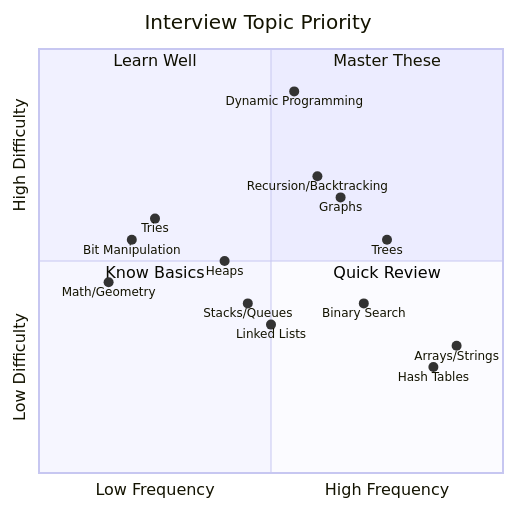
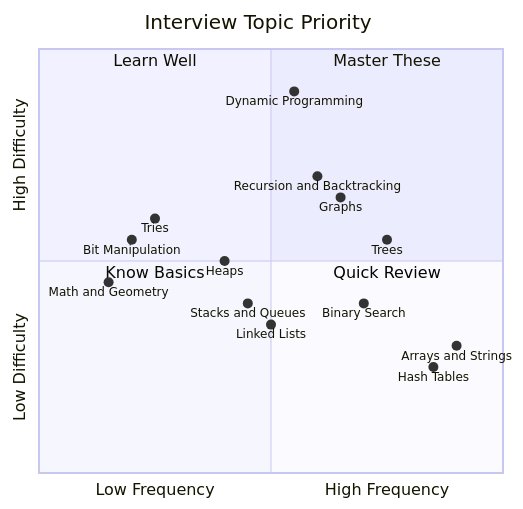
The diagram in docs/sde-coding/fast-track/index.md (AbhinaavRamesh/handbook), drawn with Mermaid before and after one commit. The commit also changed 3 other files, not shown here.

First line of the commit message:
Fix mermaid syntax errors in multiple files

````diff
--- a/docs/sde-coding/fast-track/index.md
+++ b/docs/sde-coding/fast-track/index.md
@@ -93,23 +93,23 @@
 ```mermaid
 quadrantChart
     title Interview Topic Priority
     x-axis Low Frequency --> High Frequency
     y-axis Low Difficulty --> High Difficulty
     quadrant-1 Master These
     quadrant-2 Learn Well
     quadrant-3 Know Basics
     quadrant-4 Quick Review
-    Arrays/Strings: [0.9, 0.3]
+    Arrays and Strings: [0.9, 0.3]
     Hash Tables: [0.85, 0.25]
     Trees: [0.75, 0.55]
     Graphs: [0.65, 0.65]
     Dynamic Programming: [0.55, 0.9]
-    Recursion/Backtracking: [0.6, 0.7]
+    Recursion and Backtracking: [0.6, 0.7]
     Linked Lists: [0.5, 0.35]
     Binary Search: [0.7, 0.4]
-    Stacks/Queues: [0.45, 0.4]
+    Stacks and Queues: [0.45, 0.4]
     Heaps: [0.4, 0.5]
     Tries: [0.25, 0.6]
     Bit Manipulation: [0.2, 0.55]
-    Math/Geometry: [0.15, 0.45]
+    Math and Geometry: [0.15, 0.45]
 ```
````
